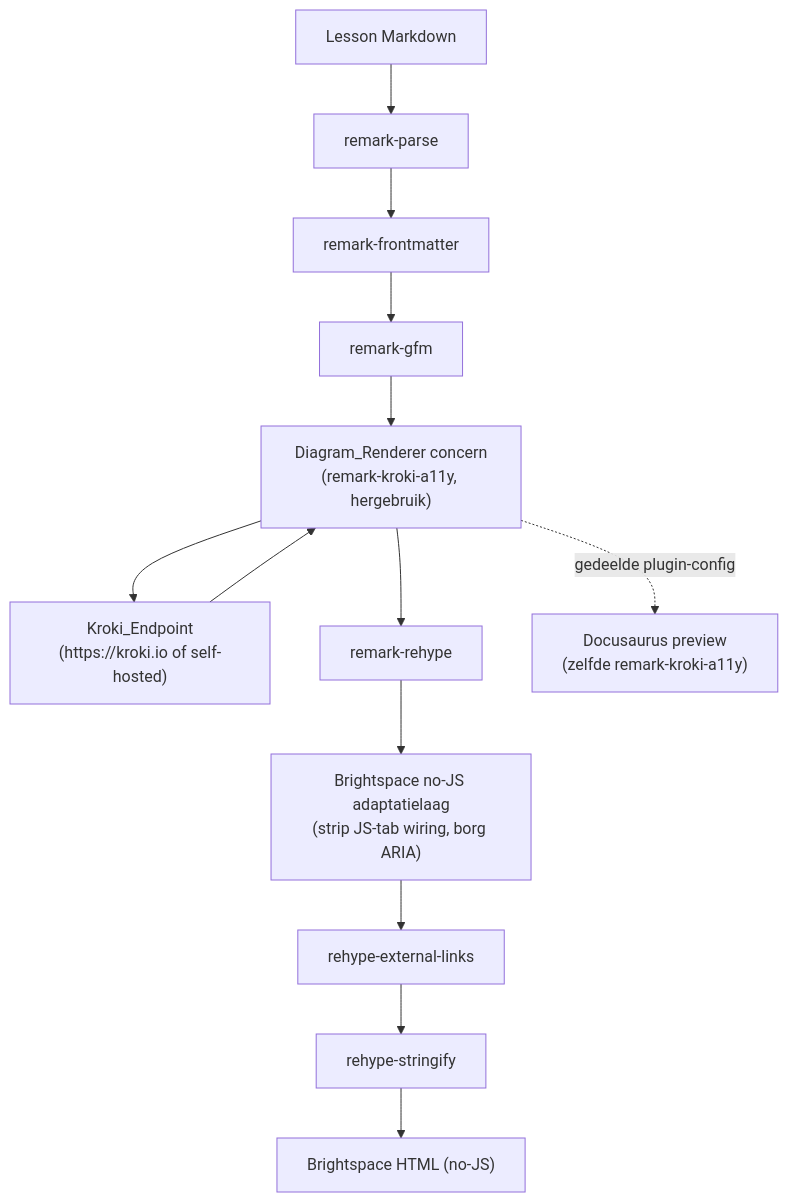
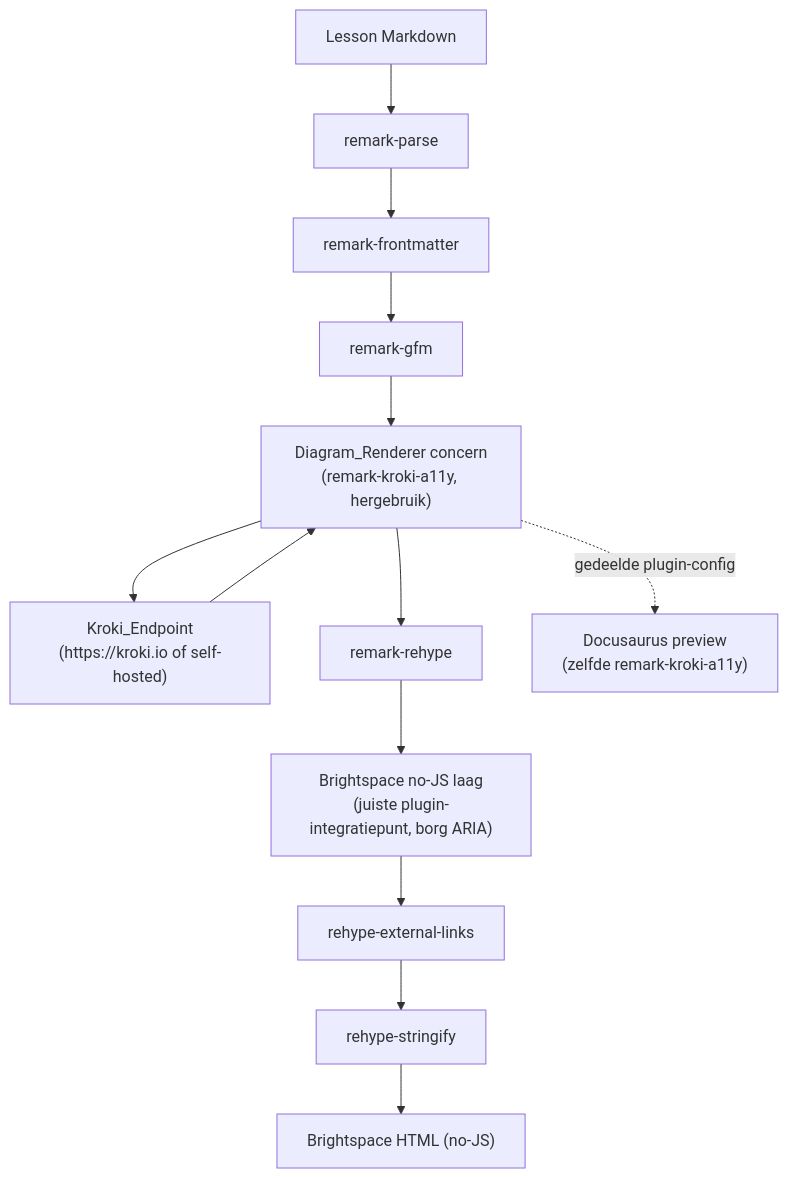
The diagram in .kiro/specs/diagram-rendering-a11y/design.md (bartvanderwal/brightspacosaurus), drawn with Mermaid before and after one commit. The commit also changed other lines of this file and 1 other file, not shown here.

First line of the commit message:
docs(spec): upstream refactor-notitie (#17), integratiepunt i.p.v. strippen, taalcorrecties; Refs #14

````diff
--- a/.kiro/specs/diagram-rendering-a11y/design.md
+++ b/.kiro/specs/diagram-rendering-a11y/design.md
@@ -26,16 +26,16 @@
 ```mermaid
 graph TD
     MD["Lesson Markdown"] --> RP["remark-parse"]
     RP --> RFM["remark-frontmatter"]
     RFM --> RG["remark-gfm"]
     RG --> DR["Diagram_Renderer concern<br/>(remark-kroki-a11y, hergebruik)"]
     DR --> KROKI["Kroki_Endpoint<br/>(https://kroki.io of self-hosted)"]
     KROKI --> DR
     DR --> RR["remark-rehype"]
-    RR --> ADAPT["Brightspace no-JS adaptatielaag<br/>(strip JS-tab wiring, borg ARIA)"]
+    RR --> ADAPT["Brightspace no-JS laag<br/>(juiste plugin-integratiepunt, borg ARIA)"]
     ADAPT --> REL["rehype-external-links"]
     REL --> RS["rehype-stringify"]
     RS --> HTML["Brightspace HTML (no-JS)"]
 
     DR -. "gedeelde plugin-config" .-> DOCU["Docusaurus preview<br/>(zelfde remark-kroki-a11y)"]
 ```
````
